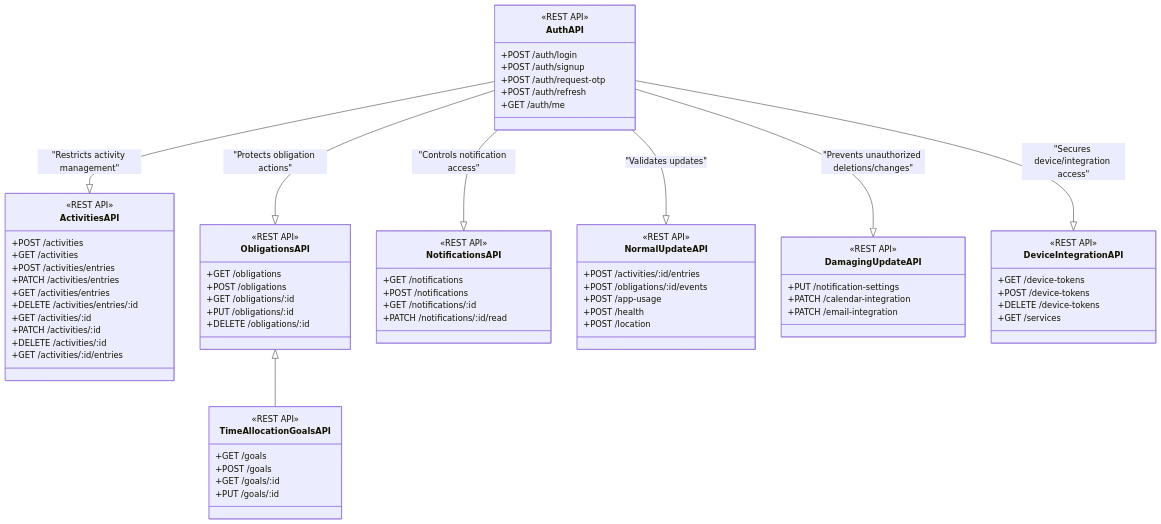
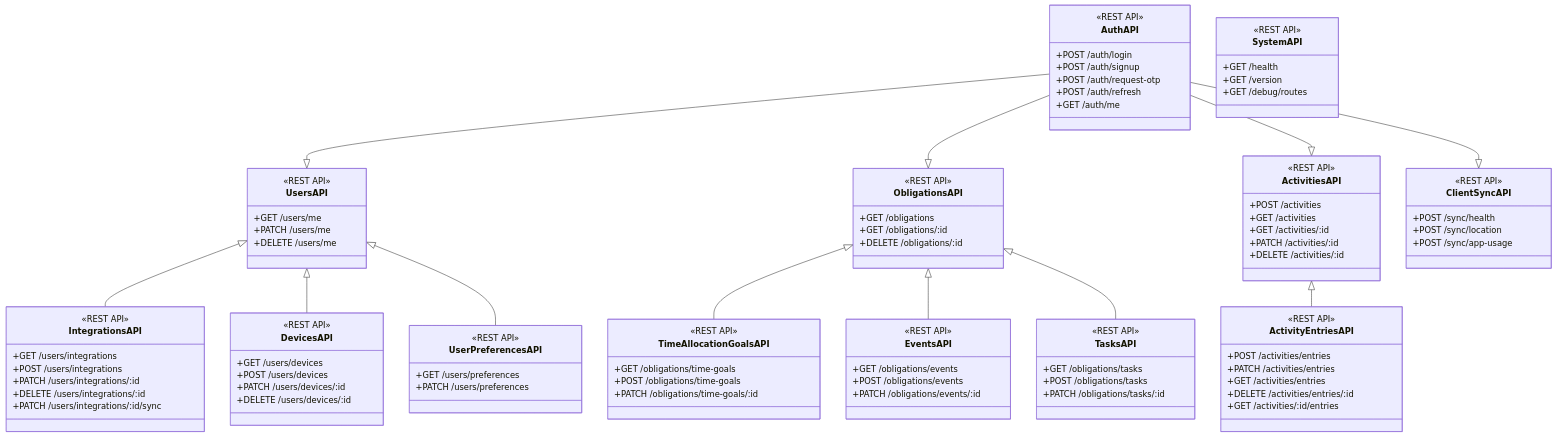
Before and after one commit to hadiahmad06/jiko: the diagram in backend/docs/routes.md, drawn with Mermaid. The commit also changed other lines of this file and 3 other files, not shown here.

Commit message:
backend: docs: updated er diagrama and routes diagram, will reflect

````diff
--- a/backend/docs/routes.md
+++ b/backend/docs/routes.md
@@ -11,21 +13,60 @@
         %% +DELETE /auth/logout
     }
 
+    %% Users layer
+    class UsersAPI {
+        <<REST API>>
+        +GET /users/me
+        +PATCH /users/me
+        +DELETE /users/me
+    }
+
+    %% User Preferences layer
+    class UserPreferencesAPI {
+        <<REST API>>
+        +GET /users/preferences
+        +PATCH /users/preferences
+    }
+
+    %% Devices layer
+    class DevicesAPI {
+        <<REST API>>
+        +GET /users/devices
+        +POST /users/devices
+        +PATCH /users/devices/:id
+        +DELETE /users/devices/:id
+
+        %% +GET /users/devices/:id
+    }
+
+    %% Integration Management APIs
+    class IntegrationsAPI {
+        <<REST API>>
+        +GET /users/integrations
+        +POST /users/integrations
+        +PATCH /users/integrations/:id
+        +DELETE /users/integrations/:id
+        +PATCH /users/integrations/:id/sync
+    }
+
     %% Activities
     class ActivitiesAPI {
         <<REST API>>
         +POST /activities
         +GET /activities
 
+        +GET /activities/:id
+        +PATCH /activities/:id
+        +DELETE /activities/:id
+    }
+
+    class ActivityEntriesAPI {
+        <<REST API>>
         +POST /activities/entries
         +PATCH /activities/entries
         +GET /activities/entries
         
         +DELETE /activities/entries/:id
-
-        +GET /activities/:id
-        +PATCH /activities/:id
-        +DELETE /activities/:id
 
         +GET /activities/:id/entries
     }
@@ -34,64 +75,66 @@
     class ObligationsAPI {
         <<REST API>>
         +GET /obligations
-        +POST /obligations
         +GET /obligations/:id
-        +PUT /obligations/:id
         +DELETE /obligations/:id
     }
 
-    %% Notifications
-    class NotificationsAPI {
+    class TimeAllocationGoalsAPI {
         <<REST API>>
-        +GET /notifications
-        +POST /notifications
-        +GET /notifications/:id
-        +PATCH /notifications/:id/read
+        +GET /obligations/time-goals
+        +POST /obligations/time-goals
+        +PATCH /obligations/time-goals/:id
+    }
+    
+    class EventsAPI {
+        <<REST API>>
+        +GET /obligations/events
+        +POST /obligations/events
+        +PATCH /obligations/events/:id
     }
 
-    %% Time Allocation Goals
-    class TimeAllocationGoalsAPI {
+    class TasksAPI {
         <<REST API>>
-        +GET /goals
-        +POST /goals
-        +GET /goals/:id
-        +PUT /goals/:id
+        +GET /obligations/tasks
+        +POST /obligations/tasks
+        +PATCH /obligations/tasks/:id
     }
 
-    %% Normal updates
-    class NormalUpdateAPI {
+    %% Notifications
+    %%class NotificationsAPI {
+    %%    <<REST API>>
+    %%    +GET /notifications
+    %%    +POST /notifications
+    %%    +GET /notifications/:id
+    %%    +PATCH /notifications/:id/read
+    %%}
+
+    %% Meta & System
+    class SystemAPI {
         <<REST API>>
-        +POST /activities/:id/entries
-        +POST /obligations/:id/events
-        +POST /app-usage
-        +POST /health
-        +POST /location
+        +GET /health
+        +GET /version
+        +GET /debug/routes
     }
 
-    %% Damaging updates (destructive changes)
-    class DamagingUpdateAPI {
+    %% Sync APIs
+    class ClientSyncAPI {
         <<REST API>>
-        +PUT /notification-settings
-        +PATCH /calendar-integration
-        +PATCH /email-integration
-    }
-
-    %% Device & integrations
-    class DeviceIntegrationAPI {
-        <<REST API>>
-        +GET /device-tokens
-        +POST /device-tokens
-        +DELETE /device-tokens
-        +GET /services
+        +POST /sync/health
+        +POST /sync/location
+        +POST /sync/app-usage
     }
 
     %% Relationships
-    %% AuthAPI --|> UsersAPI : "Authenticates user operations"
-    AuthAPI --|> ObligationsAPI : "Protects obligation actions"
-    AuthAPI --|> NotificationsAPI : "Controls notification access"
-    AuthAPI --|> ActivitiesAPI : "Restricts activity management"
-    AuthAPI --|> DeviceIntegrationAPI : "Secures device/integration access"
-    AuthAPI --|> NormalUpdateAPI : "Validates updates"
-    AuthAPI --|> DamagingUpdateAPI : "Prevents unauthorized deletions/changes"
+    AuthAPI --|> UsersAPI
+    AuthAPI --|> ObligationsAPI
+    AuthAPI --|> ActivitiesAPI
+    ActivitiesAPI <|-- ActivityEntriesAPI
+    AuthAPI --|> ClientSyncAPI
+    UsersAPI <|-- IntegrationsAPI
+    UsersAPI <|-- DevicesAPI
+    UsersAPI <|-- UserPreferencesAPI
     ObligationsAPI <|-- TimeAllocationGoalsAPI
+    ObligationsAPI <|-- EventsAPI
+    ObligationsAPI <|-- TasksAPI
 ```
````
